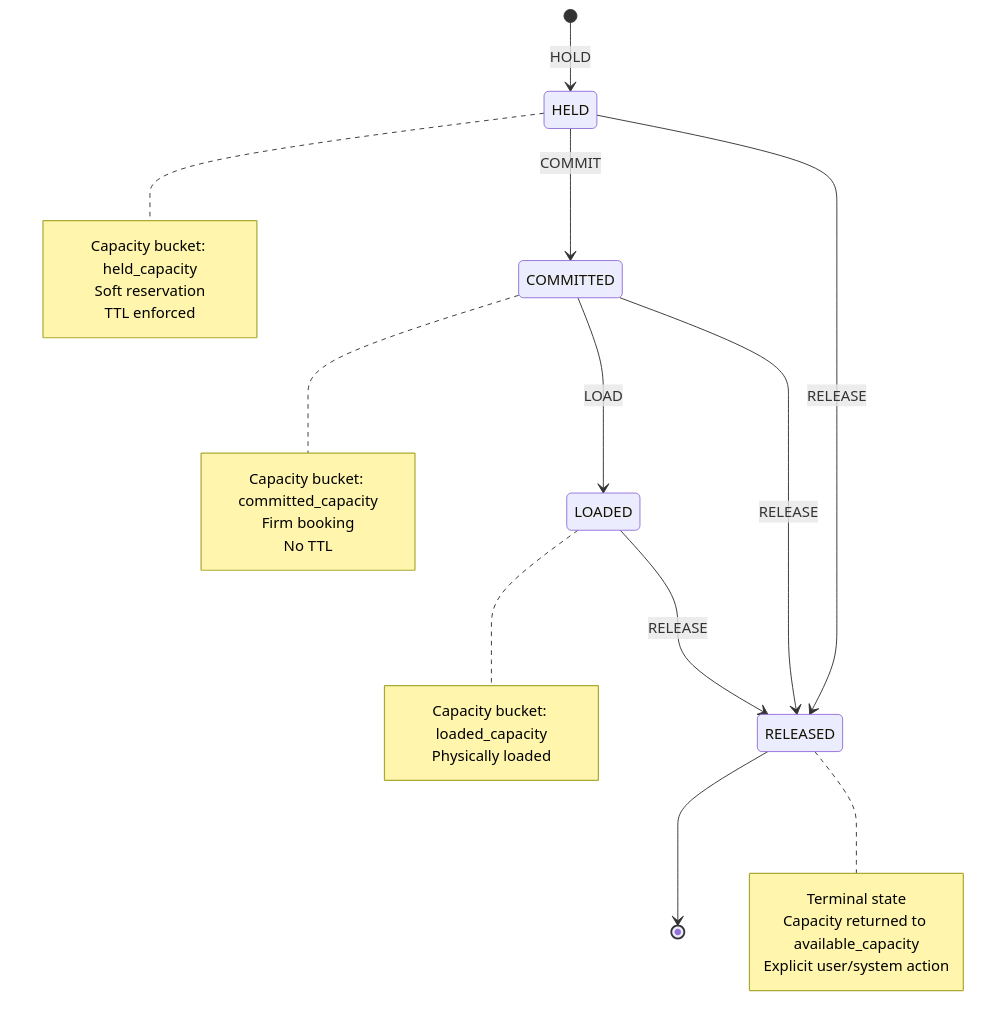
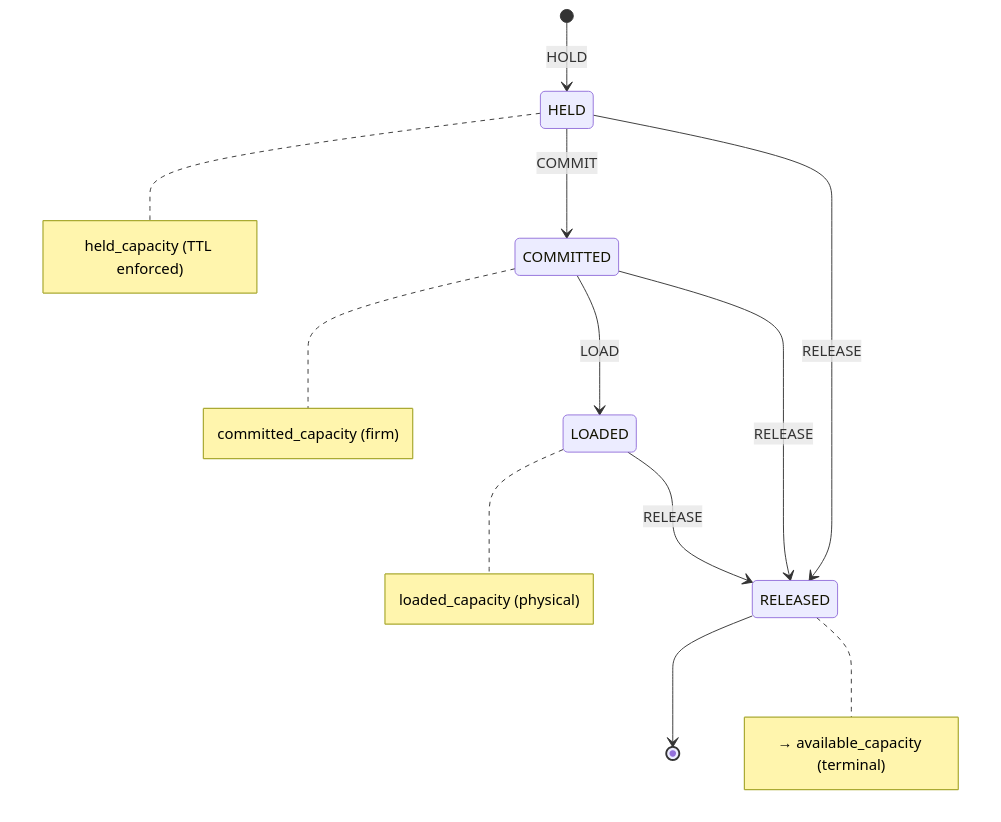
Before and after one commit to sethu-rs/stockkeeper: the fourth of 6 diagrams in docs/api-flow-diagrams.md, drawn with Mermaid. The commit also changed other lines of this file, not shown here.

Commit message:
aws architecture added

````diff
--- a/docs/api-flow-diagrams.md
+++ b/docs/api-flow-diagrams.md
@@ -365,37 +183,15 @@
 ```mermaid
 stateDiagram-v2
     [*] --> HELD : HOLD
-
     HELD --> COMMITTED : COMMIT
     HELD --> RELEASED : RELEASE
-
     COMMITTED --> LOADED : LOAD
     COMMITTED --> RELEASED : RELEASE
-
     LOADED --> RELEASED : RELEASE
-
     RELEASED --> [*]
 
-    note right of HELD
-        Capacity bucket: held_capacity
-        Soft reservation
-        TTL enforced
-    end note
-
-    note right of COMMITTED
-        Capacity bucket: committed_capacity
-        Firm booking
-        No TTL
-    end note
-
-    note right of LOADED
-        Capacity bucket: loaded_capacity
-        Physically loaded
-    end note
-
-    note right of RELEASED
-        Terminal state
-        Capacity returned to available_capacity
-        Explicit user/system action
-    end note
+    note right of HELD : held_capacity (TTL enforced)
+    note right of COMMITTED : committed_capacity (firm)
+    note right of LOADED : loaded_capacity (physical)
+    note right of RELEASED : → available_capacity (terminal)
 ```
````
